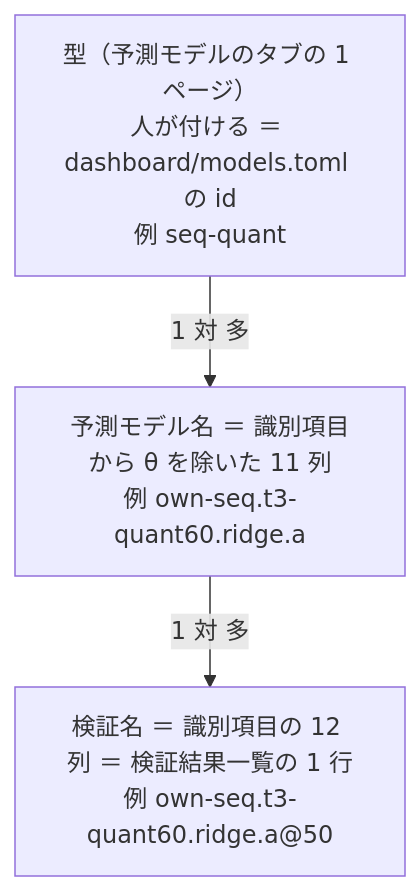
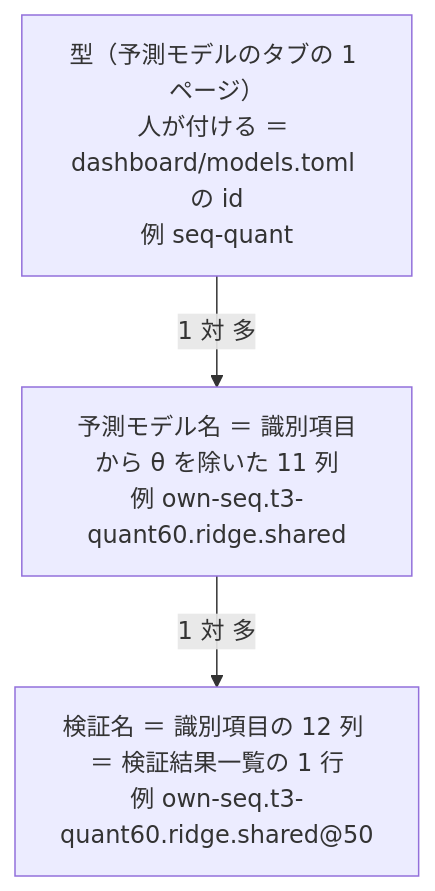
One commit to akiraak/ai-income-lab changed the tenth of 17 diagrams in docs/specs/experiments/feature-discovery/rules.md. Above: the diagram before and after it, drawn with Mermaid. The commit also changed other lines of this file and 23 other files, not shown here.

````diff
--- a/docs/specs/experiments/feature-discovery/rules.md
+++ b/docs/specs/experiments/feature-discovery/rules.md
@@ -485,8 +488,8 @@
 ```mermaid
 flowchart TB
   F["型（予測モデルのタブの 1 ページ）<br/>人が付ける ＝ dashboard/models.toml の id<br/>例 seq-quant"]
-  M["予測モデル名 ＝ 識別項目から θ を除いた 11 列<br/>例 own-seq.t3-quant60.ridge.a"]
-  X["検証名 ＝ 識別項目の 12 列 ＝ 検証結果一覧の 1 行<br/>例 own-seq.t3-quant60.ridge.a@50"]
+  M["予測モデル名 ＝ 識別項目から θ を除いた 11 列<br/>例 own-seq.t3-quant60.ridge.shared"]
+  X["検証名 ＝ 識別項目の 12 列 ＝ 検証結果一覧の 1 行<br/>例 own-seq.t3-quant60.ridge.shared@50"]
   F -- "1 対 多" --> M
   M -- "1 対 多" --> X
 ```
````
